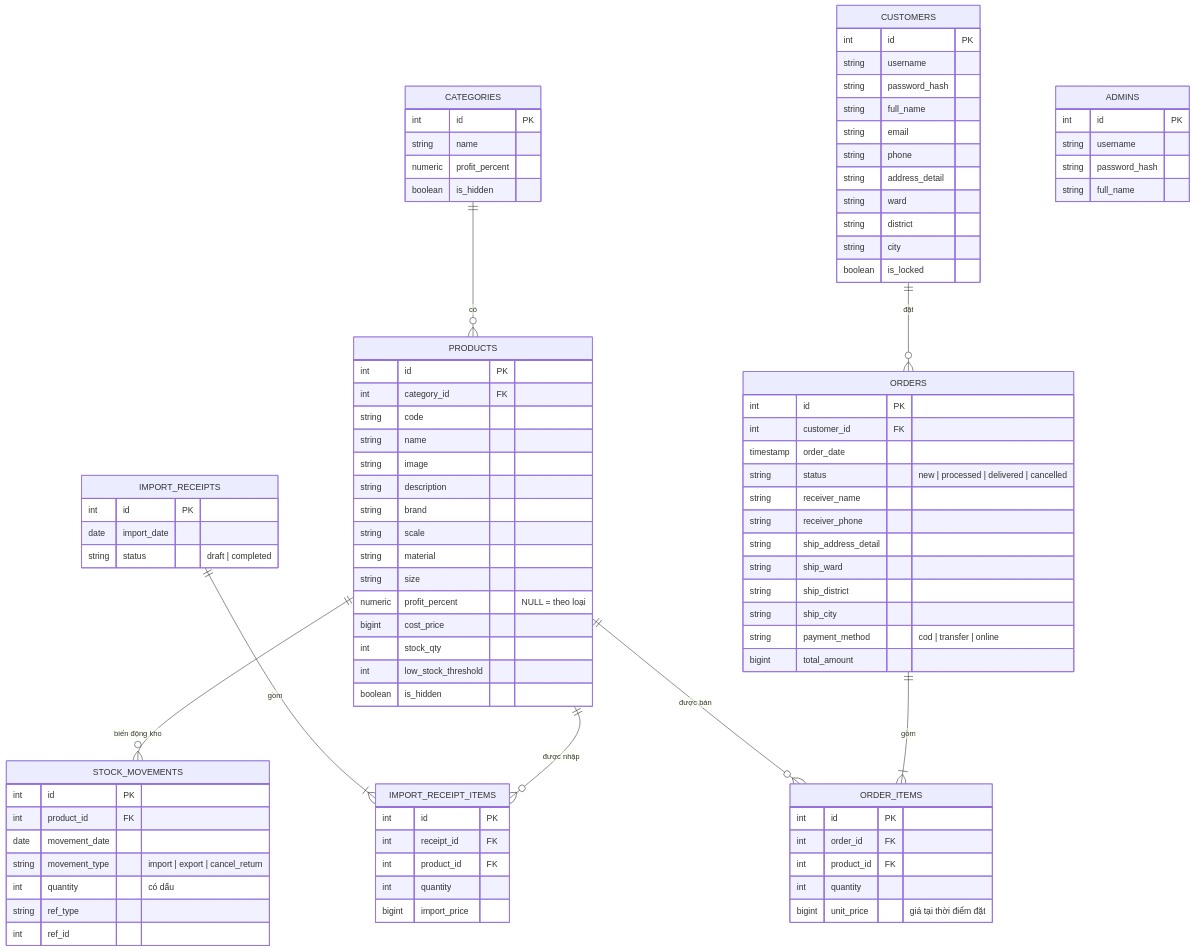
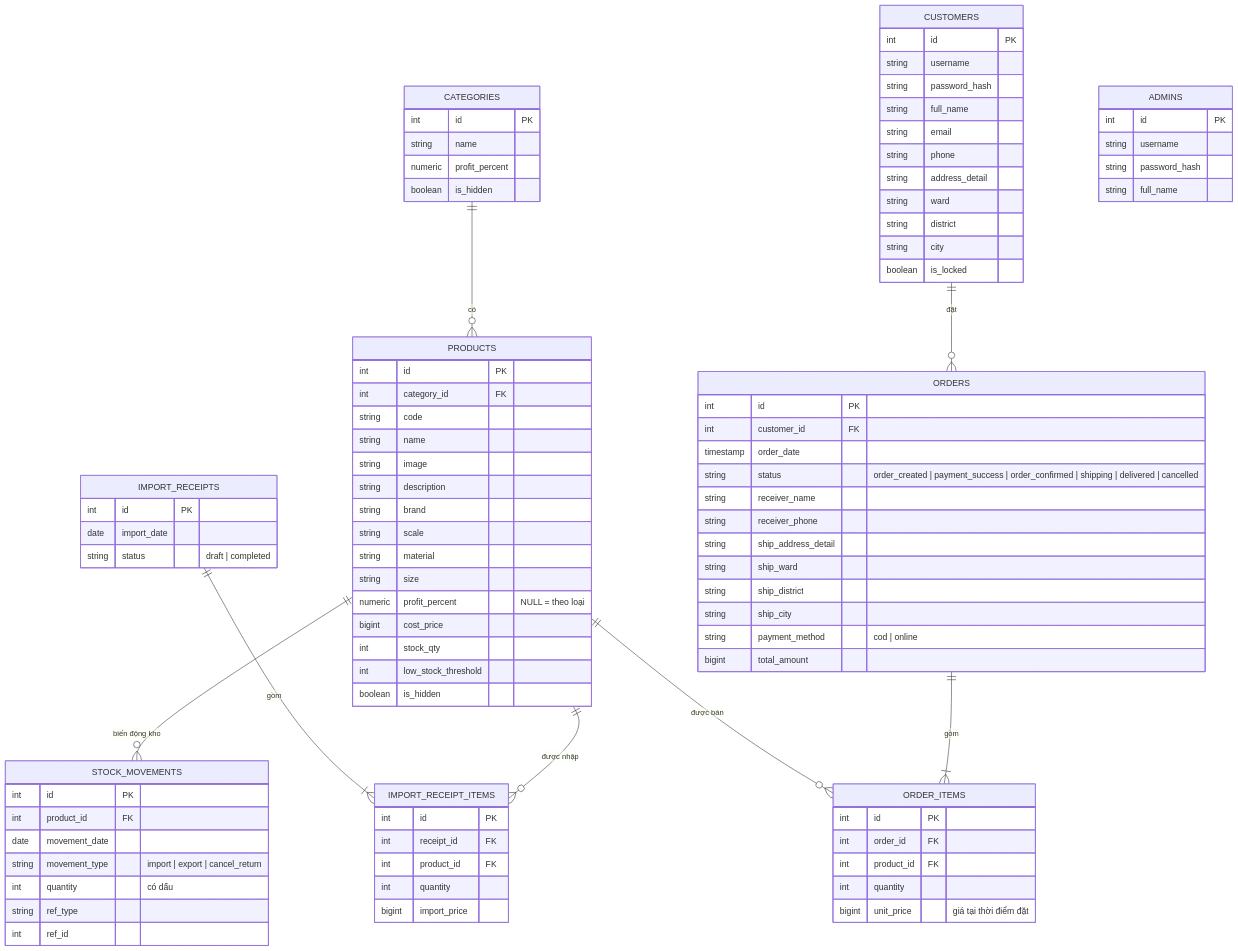
One commit to QuoccViett/model-shop changed the diagram in README.md. Above: the diagram before and after it, drawn with Mermaid. The commit also changed 22 other files, not shown here.

```diff
--- a/README.md
+++ b/README.md
@@ -134,14 +134,14 @@
         int id PK
         int customer_id FK
         timestamp order_date
-        string status "new | processed | delivered | cancelled"
+        string status "order_created | payment_success | order_confirmed | shipping | delivered | cancelled"
         string receiver_name
         string receiver_phone
         string ship_address_detail
         string ship_ward
         string ship_district
         string ship_city
-        string payment_method "cod | transfer | online"
+        string payment_method "cod | online"
         bigint total_amount
     }
     ORDER_ITEMS {
```
